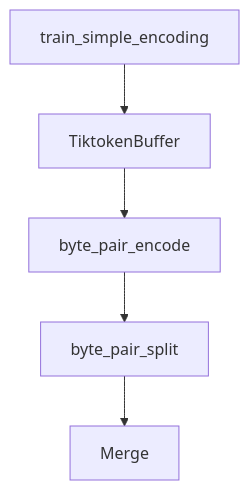
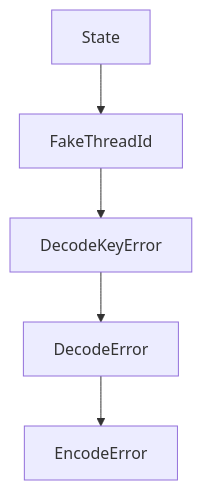
The diagram in tutorials/tiktoken-tutorial/03-practical-applications.md (johnxie/awesome-code-docs), drawn with Mermaid before and after one commit. The commit also changed other lines of this file and 1232 other files, not shown here.

````diff
--- a/tutorials/tiktoken-tutorial/03-practical-applications.md
+++ b/tutorials/tiktoken-tutorial/03-practical-applications.md
@@ -266,12 +277,12 @@
 ```mermaid
 flowchart TD
-    A[train_simple_encoding]
-    B[TiktokenBuffer]
-    C[byte_pair_encode]
-    D[byte_pair_split]
-    E[Merge]
+    A[State]
+    B[FakeThreadId]
+    C[DecodeKeyError]
+    D[DecodeError]
+    E[EncodeError]
     A --> B
     B --> C
     C --> D
     D --> E
 ```
````
